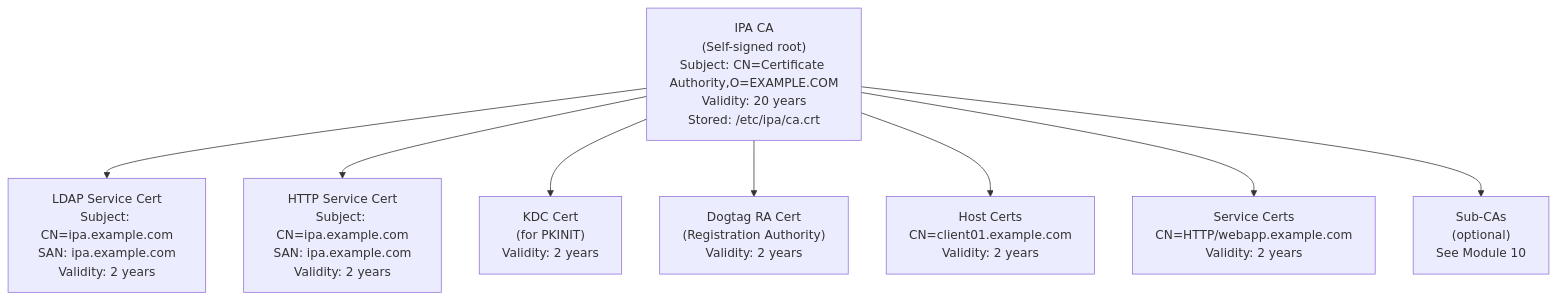
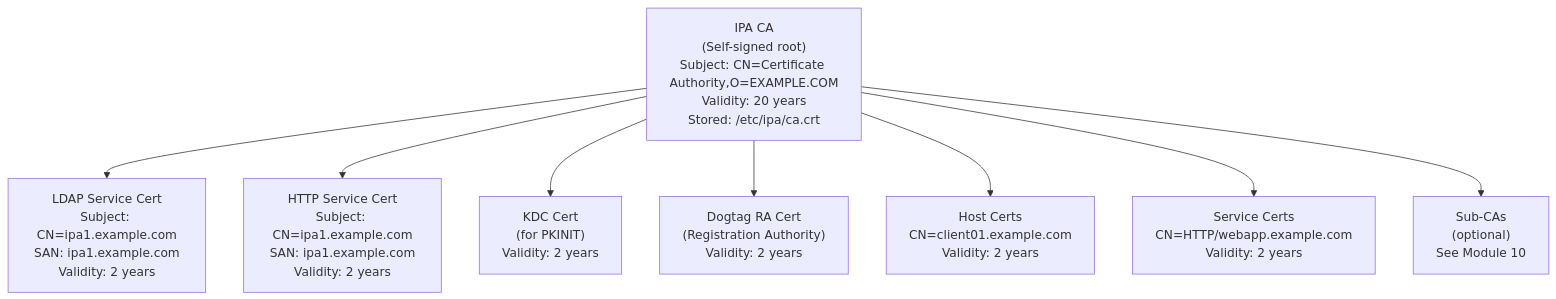
The second of 9 diagrams in 09_certificate_management_fundamentals.md (UncleJS/course_FreeIPA), drawn with Mermaid before and after one commit. The commit also changed other lines of this file and 22 other files, not shown here.

````diff
--- a/09_certificate_management_fundamentals.md
+++ b/09_certificate_management_fundamentals.md
@@ -73,10 +73,10 @@
 ```mermaid
 graph TD
-    ROOT["IPA CA\n(Self-signed root)\nSubject: CN=Certificate Authority,O=EXAMPLE.COM\nValidity: 20 years\nStored: /etc/ipa/ca.crt"] --> LDAP["LDAP Service Cert\nSubject: CN=ipa.example.com\nSAN: ipa.example.com\nValidity: 2 years"]
-    ROOT --> HTTP["HTTP Service Cert\nSubject: CN=ipa.example.com\nSAN: ipa.example.com\nValidity: 2 years"]
+    ROOT["IPA CA\n(Self-signed root)\nSubject: CN=Certificate Authority,O=EXAMPLE.COM\nValidity: 20 years\nStored: /etc/ipa/ca.crt"] --> LDAP["LDAP Service Cert\nSubject: CN=ipa1.example.com\nSAN: ipa1.example.com\nValidity: 2 years"]
+    ROOT --> HTTP["HTTP Service Cert\nSubject: CN=ipa1.example.com\nSAN: ipa1.example.com\nValidity: 2 years"]
     ROOT --> KDC["KDC Cert\n(for PKINIT)\nValidity: 2 years"]
     ROOT --> DOGTAG["Dogtag RA Cert\n(Registration Authority)\nValidity: 2 years"]
     ROOT --> HOST["Host Certs\nCN=client01.example.com\nValidity: 2 years"]
     ROOT --> SVCERT["Service Certs\nCN=HTTP/webapp.example.com\nValidity: 2 years"]
     ROOT --> SUBCA["Sub-CAs\n(optional)\nSee Module 10"]
 ```
````
